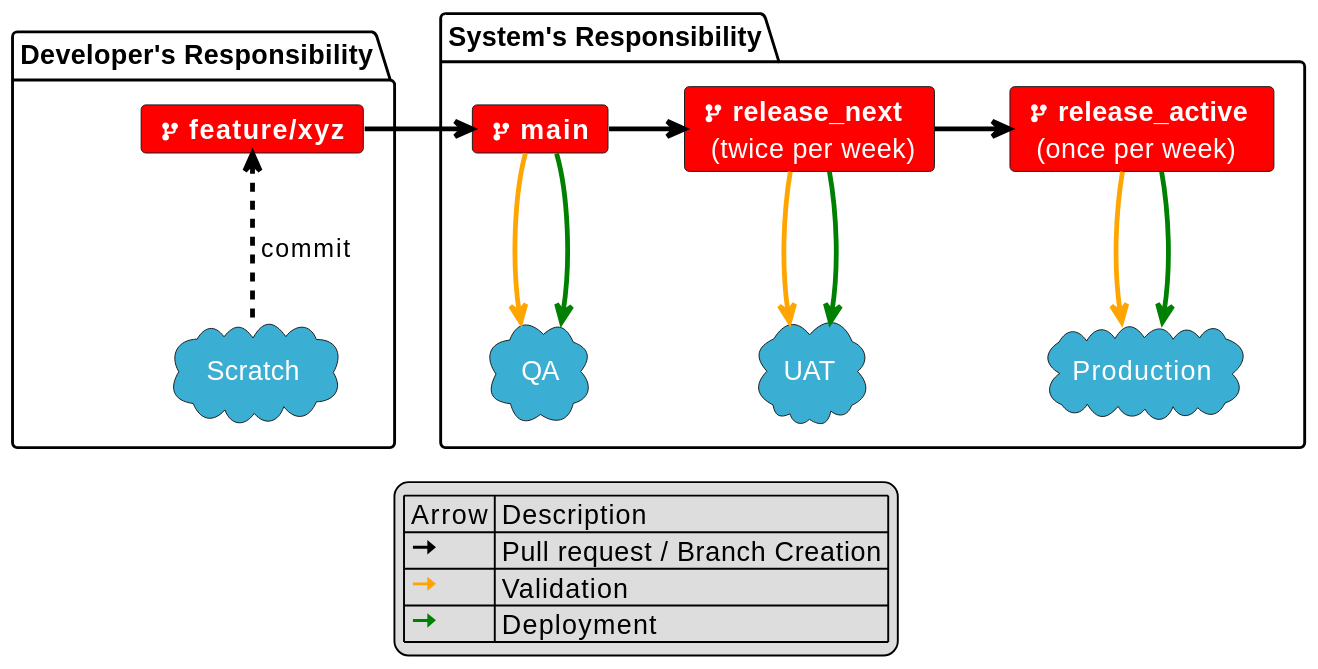
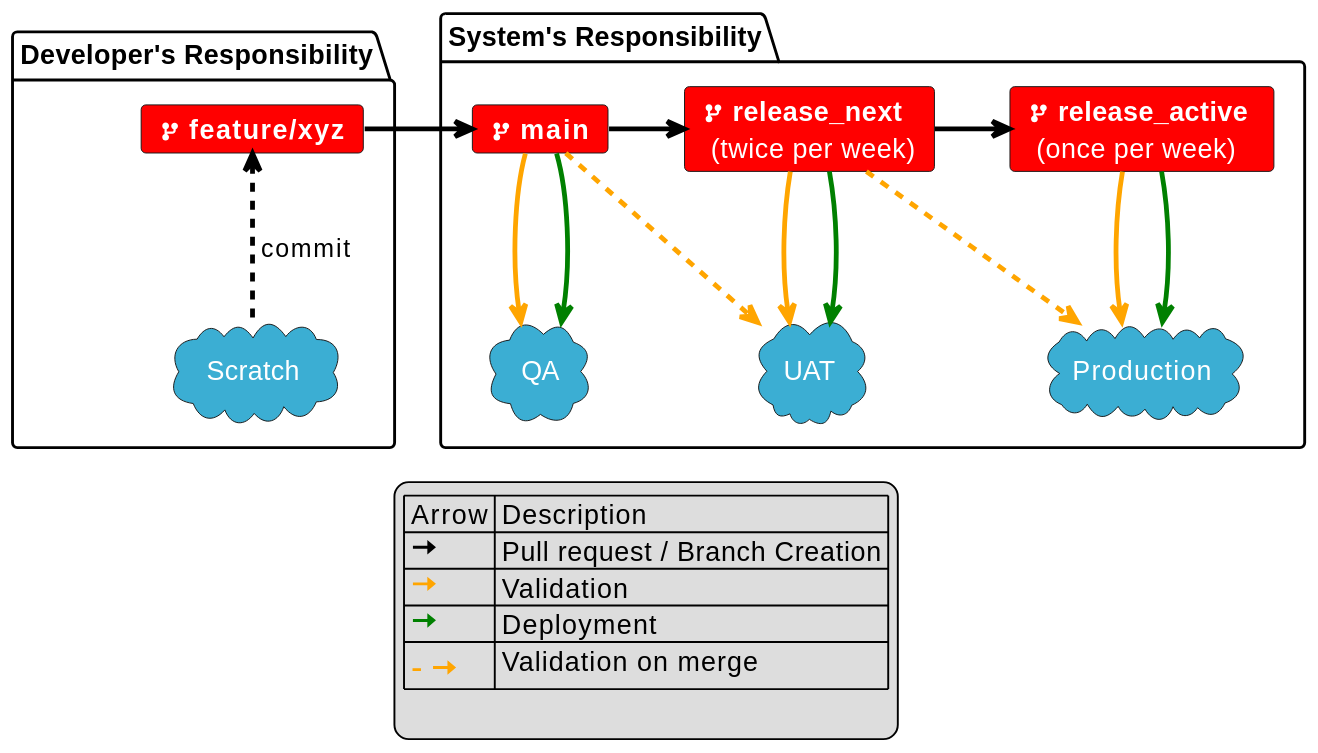
Before and after one commit to mitchspano/mitchspano.github.io: the third of 3 diagrams in _posts/2025-01-10-Trunk_Based_Development.markdown, drawn with PlantUML. The commit also changed other lines of this file, not shown here.

```diff
--- a/_posts/2025-01-10-Trunk_Based_Development.markdown
+++ b/_posts/2025-01-10-Trunk_Based_Development.markdown
@@ -293,59 +293,63 @@
 {% plantuml %}
 @startuml
 
 scale 1.5
 skinparam sequenceArrowThickness 2.5
 
 
 skinparam cloud<<cloudStyle>> {
   BackgroundColor #3baed3
   FontColor #ffffff
 }
 
 skinparam card<<branch>> {
   BackgroundColor #FF0000
   FontColor #ffffff
 }
 
 
 hide stereotype
 
 folder "Developer's Responsibility" {
   cloud Scratch <<cloudStyle>>
   card Feature_branch as "<&fork> **feature/xyz**" <<branch>>
 }
 
 folder "System's Responsibility" {
   cloud QA <<cloudStyle>>
   cloud UAT <<cloudStyle>>
   cloud Production <<cloudStyle>>
 
   card main_branch as "<&fork> **main**" <<branch>>
   card release_next_branch as "<&fork> **release_next** \n (twice per week)" <<branch>>
   card release_active_branch as "<&fork> **release_active** \n (once per week)" <<branch>>
 }
 
 Scratch -[#black,dashed]u-> Feature_branch : " commit"
 Feature_branch -[#black]r-> main_branch : ""
 main_branch -[#black]r-> release_next_branch: ""
 release_next_branch -[#black]r-> release_active_branch : ""
 
 main_branch -[#orange]d-> QA
 main_branch -[#green]d-> QA
+main_branch -[#orange,dashed]-> UAT
 
 release_next_branch -[#orange]d-> UAT
 release_next_branch -[#green]d-> UAT
+release_next_branch -[#orange,dashed]-> Production
 
 release_active_branch -[#orange]d-> Production
 release_active_branch -[#green]d-> Production
 
 
 legend
   | Arrow | Description |
   | <color:black><size:18><&arrow-right></size></color>   | Pull request / Branch Creation |
   | <color:orange><size:18><&arrow-right></size></color>  | Validation |
   | <color:green><size:18><&arrow-right></size></color>   | Deployment |
+  | <color:orange><size:18>- <&arrow-right></size></color>   | Validation on merge |
+  
 endlegend
 
 @enduml
 {% endplantuml %}
```
